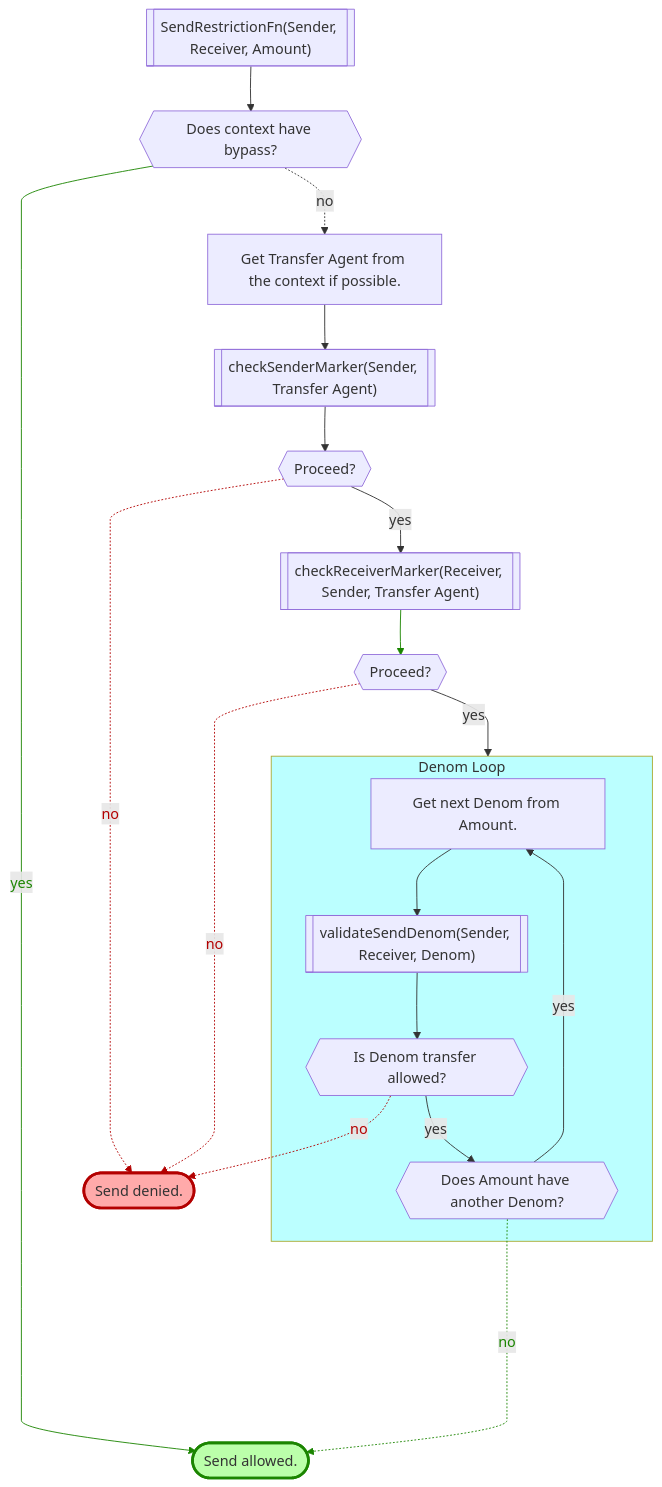
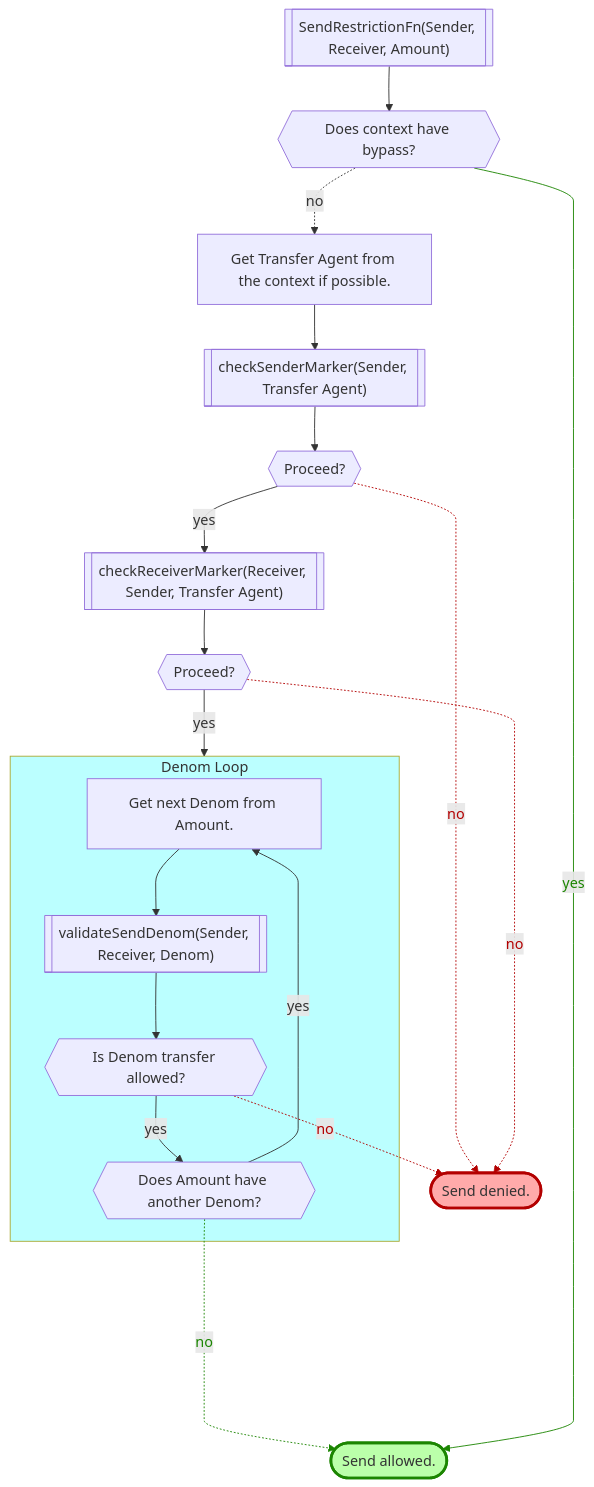
The first of 8 diagrams in x/marker/spec/12_transfers.md (provenance-io/provenance), drawn with Mermaid before and after one commit. The commit also changed other lines of this file, not shown here.

Commit message:
[1834]: Redo the flows so that denied is on the left for all of them. Add some links between flows.

````diff
--- a/x/marker/spec/12_transfers.md
+++ b/x/marker/spec/12_transfers.md
@@ -105,41 +105,41 @@
 ```mermaid
 %%{ init: { 'flowchart': { 'curve': 'monotoneY'} } }%%
 flowchart TD
     start[["SendRestrictionFn(Sender, Receiver, Amount)"]]
     qhasbp{{"Does context have bypass?"}}
     gta["Get Transfer Agent from the context if possible."]
     csm[["checkSenderMarker(Sender, Transfer Agent)"]]
     issmok{{"Proceed?"}}
     crm[["checkReceiverMarker(Receiver, Sender, Transfer Agent)"]]
     isrmok{{"Proceed?"}}
     nextd["Get next Denom from Amount."]
     vsd[["validateSendDenom(Sender, Receiver, Denom)"]]
     isdok{{"Is Denom transfer allowed?"}}
     mored{{"Does Amount have another Denom?"}}
     ok(["Send allowed."])
     style ok fill:#bbffaa,stroke:#1b8500,stroke-width:3px
     denied(["Send denied."])
     style denied fill:#ffaaaa,stroke:#b30000,stroke-width:3px
     start --> qhasbp
-    qhasbp ------>|yes| ok
     qhasbp -.->|no| gta
     gta --> csm
     csm --> issmok
     issmok -->|yes| crm
     issmok -.->|no| denied
     crm --> isrmok
     isrmok -->|yes| denomloop
     isrmok -.->|no| denied
     subgraph denomloop ["Denom Loop"]
     isdok -->|yes| mored
     vsd --> isdok
     mored -->|yes| nextd
     nextd --> vsd
     end
     mored -....->|no| ok
+    qhasbp ------>|yes| ok
     isdok -.->|no| denied
 
     style denomloop fill:#bbffff
-    linkStyle 6,9,15 stroke:#b30000,color:#b30000
-    linkStyle 1,7,14 stroke:#1b8500,color:#1b8500
+    linkStyle 5,8,15 stroke:#b30000,color:#b30000
+    linkStyle 13,14 stroke:#1b8500,color:#1b8500
 ```
````
